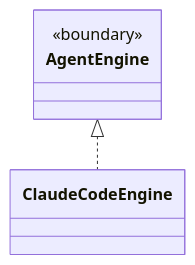
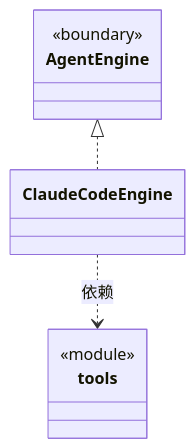
One commit to nan023062/cbim changed the diagram in src/logic/execution/engines/claude/ARCHITECTURE.md. Above: the diagram before and after it, drawn with Mermaid. The commit also changed other lines of this file and 136 other files, not shown here.

````diff
--- a/src/logic/execution/engines/claude/ARCHITECTURE.md
+++ b/src/logic/execution/engines/claude/ARCHITECTURE.md
@@ -19,10 +22,15 @@
 ```mermaid
 classDiagram
+class N_f68f9fd17f74["ClaudeCodeEngine"]
+click N_f68f9fd17f74 href "engine.ts"
+class N_995f04f45e9f["tools"] {
+  <<module>>
+}
+click N_995f04f45e9f href "tools.ts"
 class N_649b8a6ac172["AgentEngine"] {
   <<boundary>>
 }
 click N_649b8a6ac172 href "../../rules/types.ts"
-class N_f68f9fd17f74["ClaudeCodeEngine"]
-click N_f68f9fd17f74 href "engine.ts"
+N_f68f9fd17f74 ..> N_995f04f45e9f : 依赖
 N_649b8a6ac172 <|.. N_f68f9fd17f74
 ```
````
